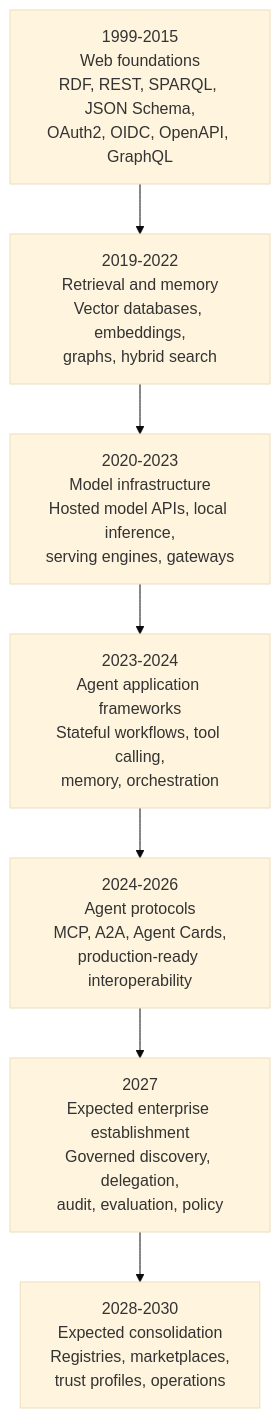
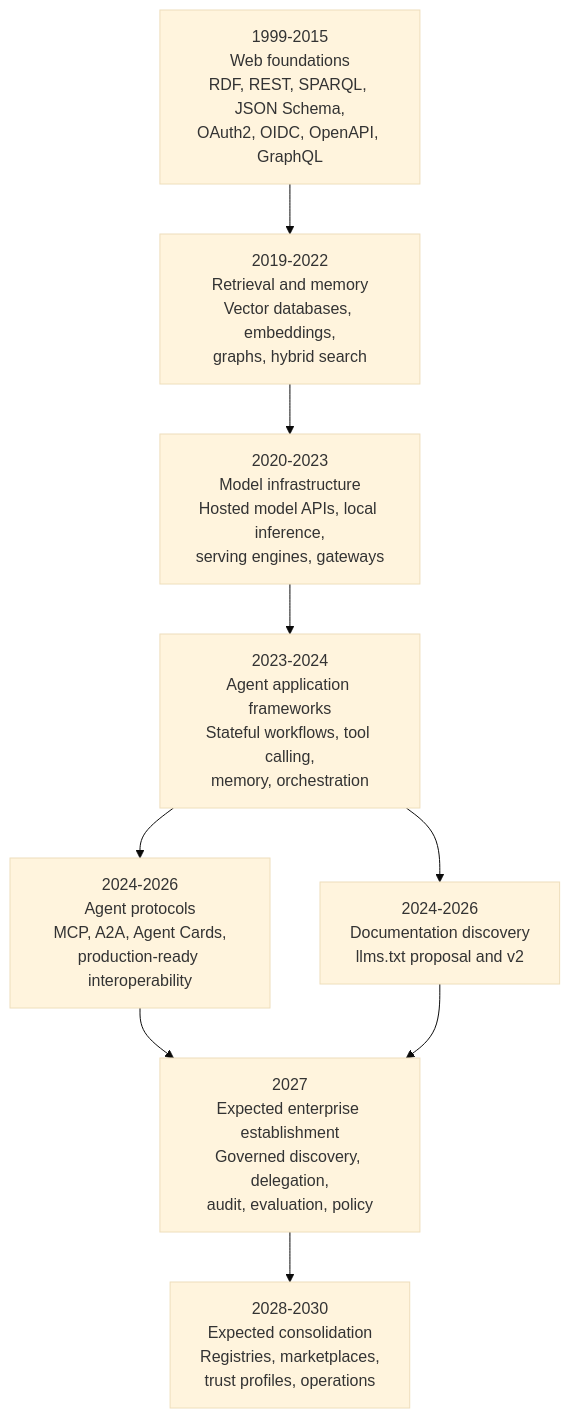
One commit to cklukas/Agentic-Web-Stack changed the diagram in docs/references/timeline.md. Above: the diagram before and after it, drawn with Mermaid (base theme). The commit also changed other lines of this file and 16 other files, not shown here.

Commit message:
Add square favicon and connect llms.txt throughout the architecture

````diff
--- a/docs/references/timeline.md
+++ b/docs/references/timeline.md
@@ -19,12 +19,14 @@
 ```mermaid
 flowchart TD
   Foundations["1999-2015<br/>Web foundations<br/>RDF, REST, SPARQL, JSON Schema,<br/>OAuth2, OIDC, OpenAPI, GraphQL"]
   Retrieval["2019-2022<br/>Retrieval and memory<br/>Vector databases, embeddings,<br/>graphs, hybrid search"]
   Models["2020-2023<br/>Model infrastructure<br/>Hosted model APIs, local inference,<br/>serving engines, gateways"]
   Frameworks["2023-2024<br/>Agent application frameworks<br/>Stateful workflows, tool calling,<br/>memory, orchestration"]
   Protocols["2024-2026<br/>Agent protocols<br/>MCP, A2A, Agent Cards,<br/>production-ready interoperability"]
   Enterprise["2027<br/>Expected enterprise establishment<br/>Governed discovery, delegation,<br/>audit, evaluation, policy"]
+  Docs["2024-2026<br/>Documentation discovery<br/>llms.txt proposal and v2"]
   Consolidation["2028-2030<br/>Expected consolidation<br/>Registries, marketplaces,<br/>trust profiles, operations"]
 
   Foundations --> Retrieval --> Models --> Frameworks --> Protocols --> Enterprise --> Consolidation
+  Frameworks --> Docs --> Enterprise
 ```
````
